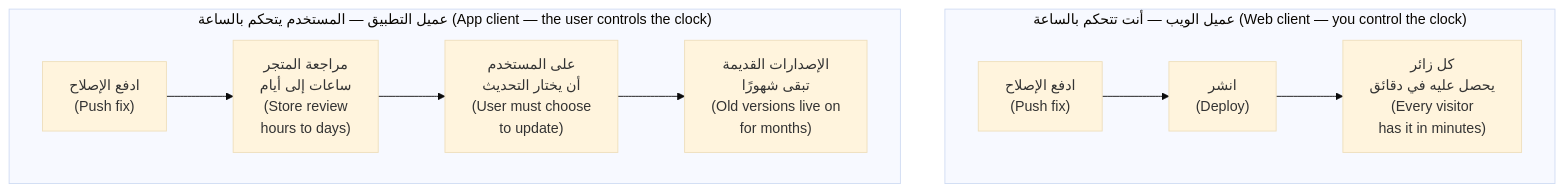
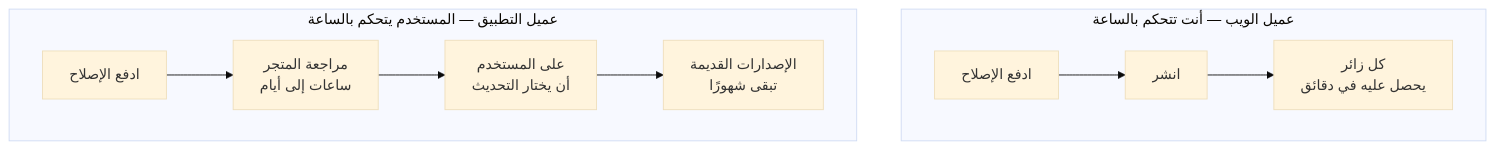
Before and after one commit to Tamoura/system-design-for-vibe-coders: the first of 7 diagrams in modules/06-many-clients/module.ar.md, drawn with Mermaid (base theme). The commit also changed other lines of this file and 551 other files, not shown here.

````diff
--- a/modules/06-many-clients/module.ar.md
+++ b/modules/06-many-clients/module.ar.md
@@ -48,9 +48,9 @@
 ```mermaid
 flowchart TD
-    subgraph WEB["عميل الويب — أنت تتحكم بالساعة (Web client — you control the clock)"]
-      W1["ادفع الإصلاح<br/>(Push fix)"] --> W2["انشر<br/>(Deploy)"] --> W3["كل زائر<br/>يحصل عليه في دقائق<br/>(Every visitor<br/>has it in minutes)"]
+    subgraph WEB["عميل الويب — أنت تتحكم بالساعة"]
+      W1["ادفع الإصلاح"] --> W2["انشر"] --> W3["كل زائر<br/>يحصل عليه في دقائق"]
     end
-    subgraph APP["عميل التطبيق — المستخدم يتحكم بالساعة (App client — the user controls the clock)"]
-      A1["ادفع الإصلاح<br/>(Push fix)"] --> A2["مراجعة المتجر<br/>ساعات إلى أيام<br/>(Store review<br/>hours to days)"] --> A3["على المستخدم<br/>أن يختار التحديث<br/>(User must choose<br/>to update)"] --> A4["الإصدارات القديمة<br/>تبقى شهورًا<br/>(Old versions live on<br/>for months)"]
+    subgraph APP["عميل التطبيق — المستخدم يتحكم بالساعة"]
+      A1["ادفع الإصلاح"] --> A2["مراجعة المتجر<br/>ساعات إلى أيام"] --> A3["على المستخدم<br/>أن يختار التحديث"] --> A4["الإصدارات القديمة<br/>تبقى شهورًا"]
     end
 ```
````
